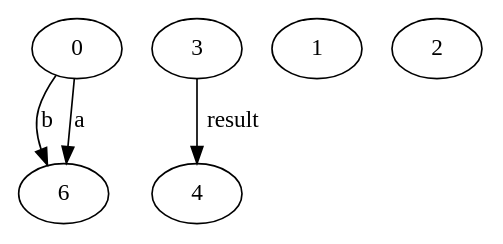
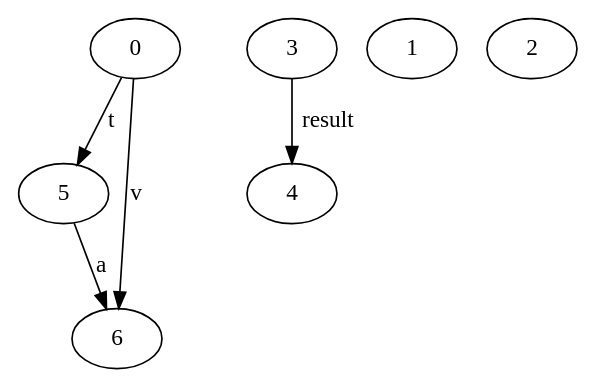
One commit to varivera/aliasing-java changed the diagram in AliasingImpl/source/test.dot. Above: the diagram before and after it, drawn with Graphviz. The commit also changed 7 other files, not shown here.

```diff
--- a/AliasingImpl/source/test.dot
+++ b/AliasingImpl/source/test.dot
@@ -1,11 +1,13 @@
 digraph G {
-n0->n6 [label="b"]
-n0->n6 [label="a"]
+n5->n6 [label="a"]
+n0->n6 [label="v"]
+n0->n5 [label="t"]
 n0[label="0"]
+n5[label="5"]
 n6[label="6"]
 n3->n4 [label="result"]
 n3[label="3"]
 n4[label="4"]
 n1[label="1"]
 n2[label="2"]
 }
```
